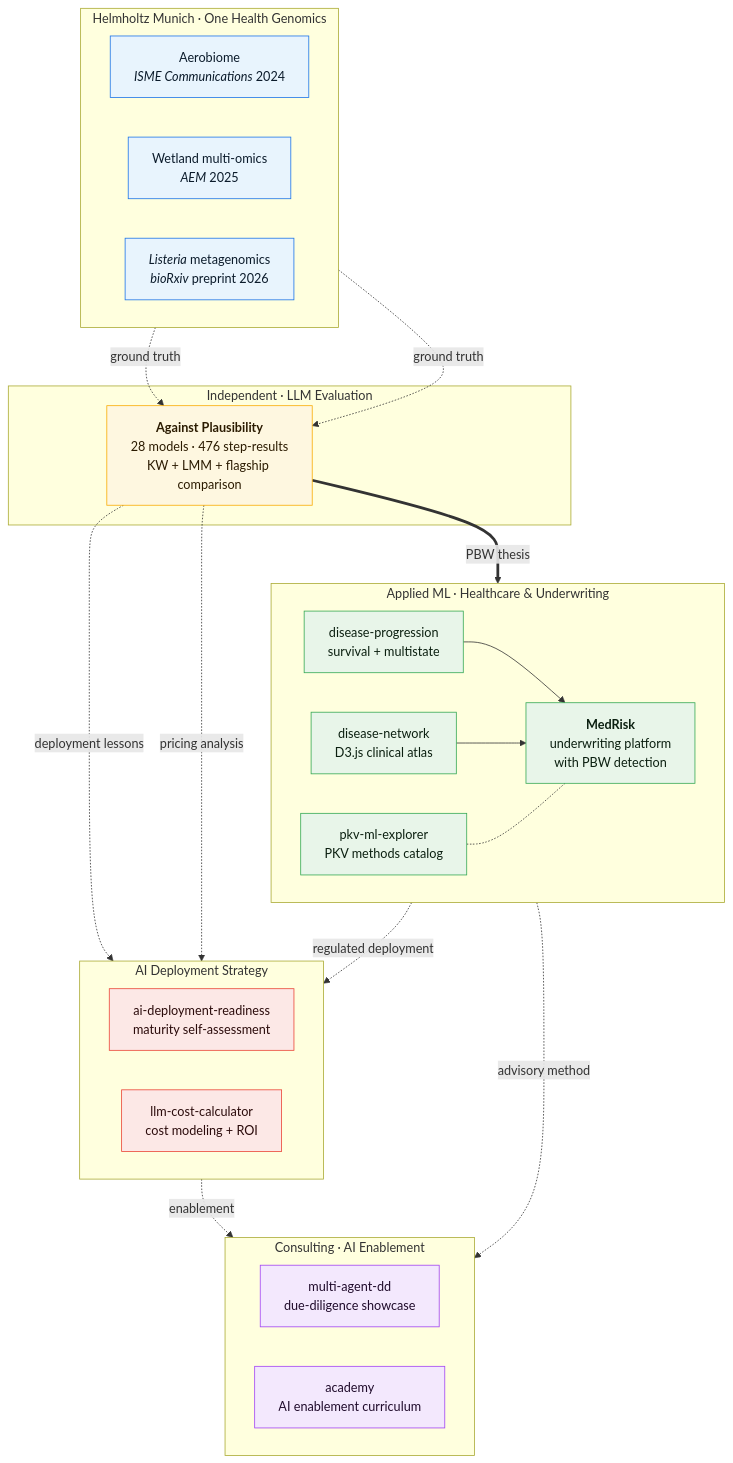
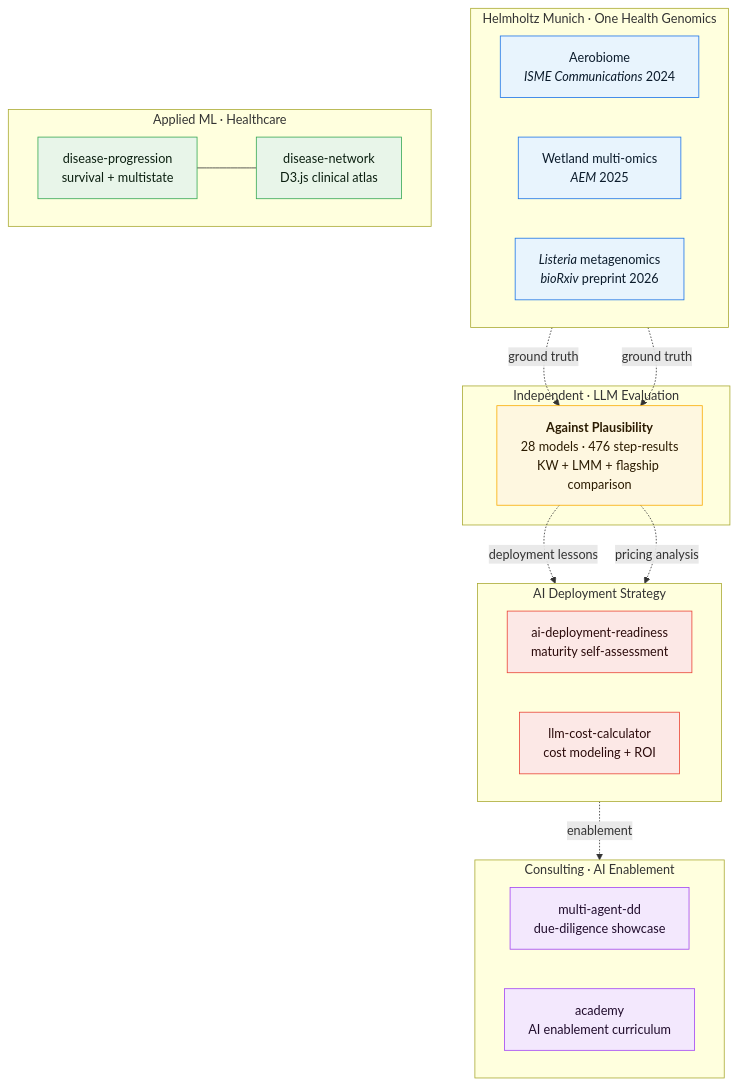
One commit to ttmgr/Tim_Reska changed the diagram in README.md. Above: the diagram before and after it, drawn with Mermaid. The commit also changed other lines of this file and 27 other files, not shown here.

````diff
--- a/README.md
+++ b/README.md
@@ -17,58 +17,51 @@
 ```mermaid
 flowchart TB
     subgraph H["Helmholtz Munich · One Health Genomics"]
         direction LR
         A["Aerobiome<br/><i>ISME Communications</i> 2024"]
         W["Wetland multi-omics<br/><i>AEM</i> 2025"]
         L["<i>Listeria</i> metagenomics<br/><i>bioRxiv</i> preprint 2026"]
     end
 
     subgraph I["Independent · LLM Evaluation"]
         E["<b>Against Plausibility</b><br/>28 models · 476 step-results<br/>KW + LMM + flagship comparison"]
     end
 
-    subgraph T["Applied ML · Healthcare & Underwriting"]
+    subgraph T["Applied ML · Healthcare"]
         direction LR
         DP["disease-progression<br/>survival + multistate"]
         DN["disease-network<br/>D3.js clinical atlas"]
-        MR["<b>MedRisk</b><br/>underwriting platform<br/>with PBW detection"]
-        PKV["pkv-ml-explorer<br/>PKV methods catalog"]
     end
 
     subgraph D["AI Deployment Strategy"]
         direction LR
         ADR["ai-deployment-readiness<br/>maturity self-assessment"]
         LCC["llm-cost-calculator<br/>cost modeling + ROI"]
     end
 
     subgraph C["Consulting · AI Enablement"]
         direction LR
         MAD["multi-agent-dd<br/>due-diligence showcase"]
         ACA["academy<br/>AI enablement curriculum"]
     end
 
     A -. ground truth .-> E
     W -. ground truth .-> E
-    E == PBW thesis ==> MR
 
-    DP --> MR
-    DN --> MR
-    PKV -.- MR
+    DP --- DN
 
     E -. deployment lessons .-> ADR
     E -. pricing analysis .-> LCC
-    MR -. regulated deployment .-> ADR
     ADR -. enablement .-> ACA
-    MR -. advisory method .-> MAD
 
     classDef helm fill:#e8f4fd,stroke:#1a73e8,color:#0b1b2b
     classDef ind fill:#fef7e0,stroke:#f9ab00,color:#2b1b00
     classDef appl fill:#e8f5e9,stroke:#34a853,color:#0b1f10
     classDef depl fill:#fce8e6,stroke:#ea4335,color:#2b0b0b
     classDef cons fill:#f3e8fd,stroke:#a142f4,color:#1f0b2b
     class A,W,L helm
     class E ind
-    class DP,DN,MR,PKV appl
+    class DP,DN appl
     class ADR,LCC depl
     class MAD,ACA cons
 ```
````
